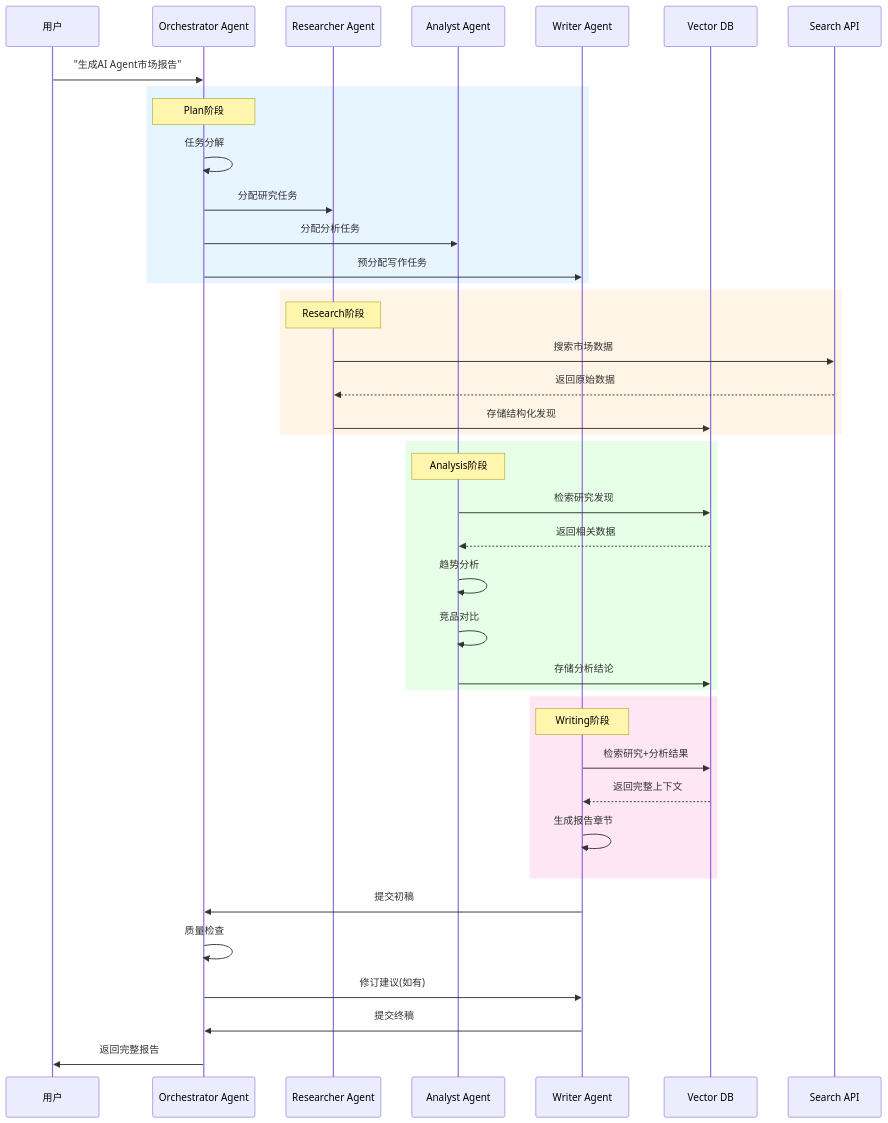
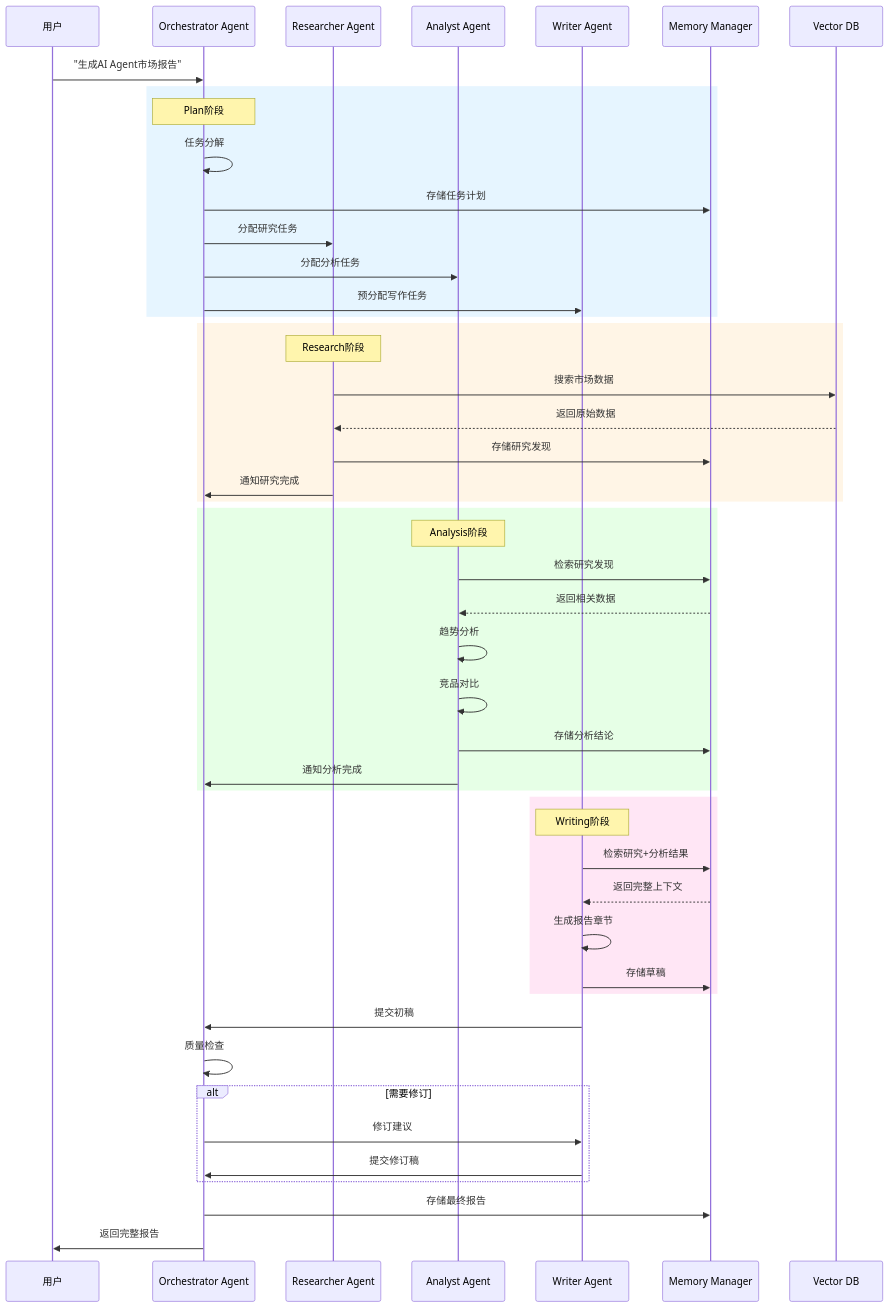
One commit to AdaMartin18010/AnalysisDataFlow changed diagram 12 of 18 in Knowledge/06-frontier/ai-agent-streaming-architecture.md. Above: the diagram before and after it, drawn with Mermaid. The commit also changed other lines of this file and 202 other files, not shown here.

````diff
--- a/Knowledge/06-frontier/ai-agent-streaming-architecture.md
+++ b/Knowledge/06-frontier/ai-agent-streaming-architecture.md
@@ -1104,49 +1223,56 @@
 ```mermaid
 sequenceDiagram
     participant U as 用户
     participant O as Orchestrator Agent
     participant R as Researcher Agent
     participant A as Analyst Agent
     participant W as Writer Agent
+    participant M as Memory Manager
     participant V as Vector DB
-    participant S as Search API
 
     U->>O: "生成AI Agent市场报告"
 
     rect rgb(230, 245, 255)
         Note over O: Plan阶段
         O->>O: 任务分解
+        O->>M: 存储任务计划
         O->>R: 分配研究任务
         O->>A: 分配分析任务
         O->>W: 预分配写作任务
     end
 
     rect rgb(255, 245, 230)
         Note over R: Research阶段
-        R->>S: 搜索市场数据
-        S-->>R: 返回原始数据
-        R->>V: 存储结构化发现
+        R->>V: 搜索市场数据
+        V-->>R: 返回原始数据
+        R->>M: 存储研究发现
+        R->>O: 通知研究完成
     end
 
     rect rgb(230, 255, 230)
         Note over A: Analysis阶段
-        A->>V: 检索研究发现
-        V-->>A: 返回相关数据
+        A->>M: 检索研究发现
+        M-->>A: 返回相关数据
         A->>A: 趋势分析
         A->>A: 竞品对比
-        A->>V: 存储分析结论
+        A->>M: 存储分析结论
+        A->>O: 通知分析完成
     end
 
     rect rgb(255, 230, 245)
         Note over W: Writing阶段
-        W->>V: 检索研究+分析结果
-        V-->>W: 返回完整上下文
+        W->>M: 检索研究+分析结果
+        M-->>W: 返回完整上下文
         W->>W: 生成报告章节
+        W->>M: 存储草稿
     end
 
     W->>O: 提交初稿
     O->>O: 质量检查
-    O->>W: 修订建议(如有)
-    W->>O: 提交终稿
+    alt 需要修订
+        O->>W: 修订建议
+        W->>O: 提交修订稿
+    end
+    O->>M: 存储最终报告
     O->>U: 返回完整报告
 ```
````
